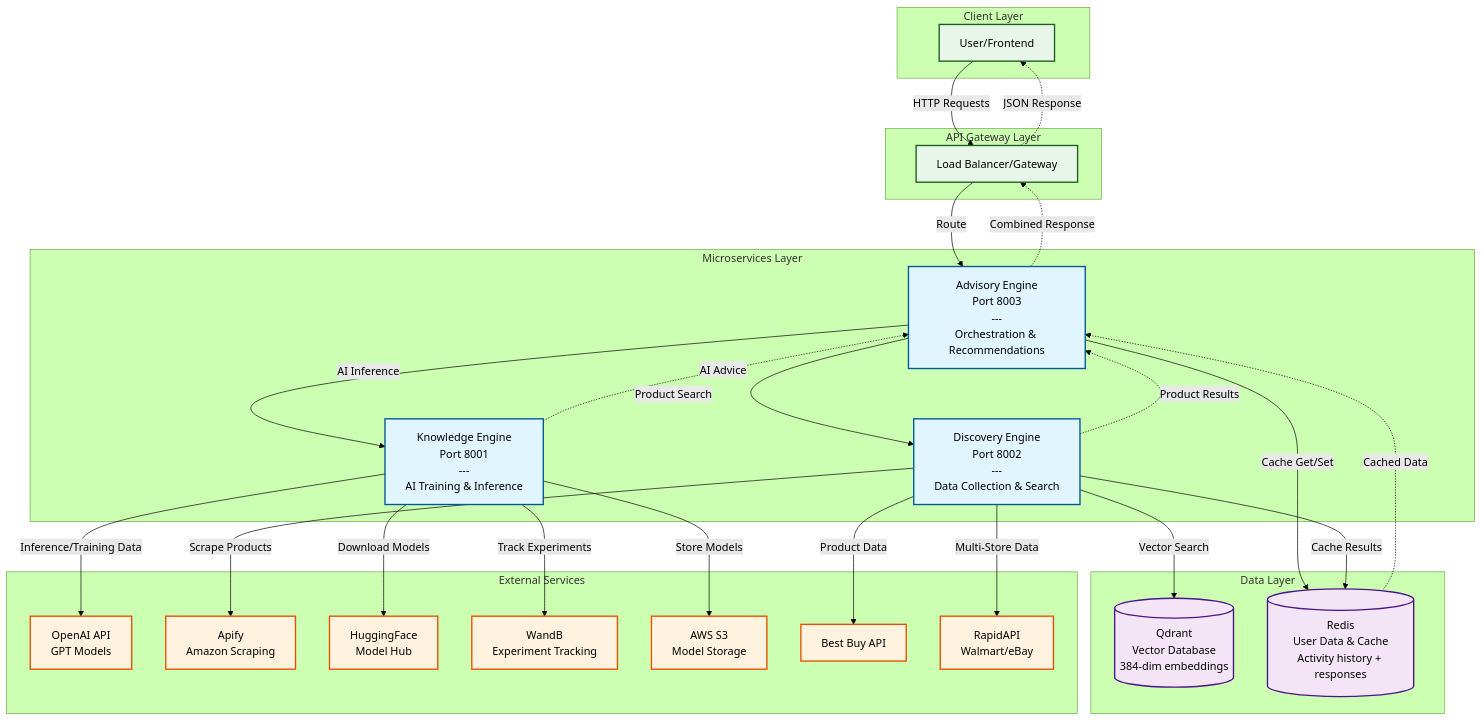
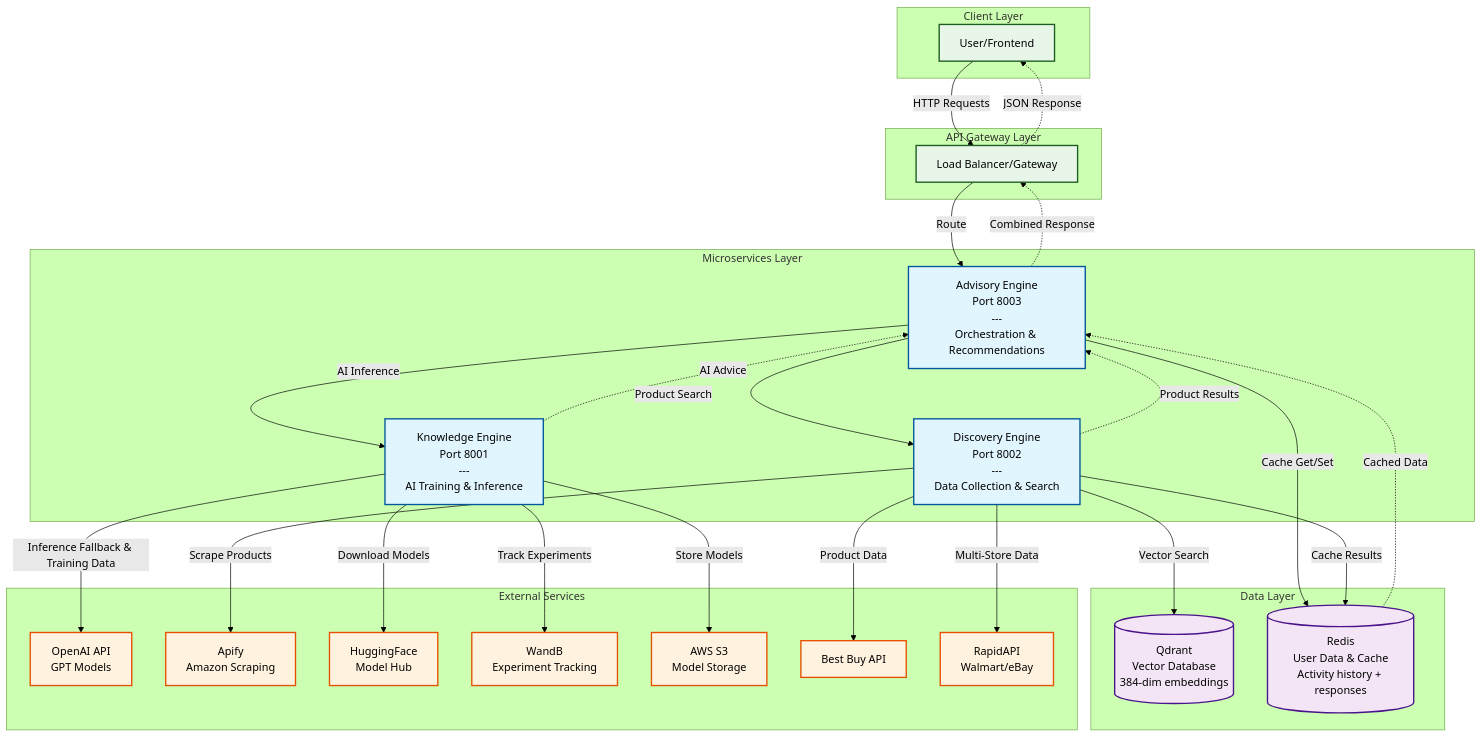
One commit to Yasserelhaddar/ShopSense-AI changed the diagram in README.md. Above: the diagram before and after it, drawn with Mermaid (forest theme). The commit also changed other lines of this file and 2 other files, not shown here.

First line of the commit message:
docs: update READMEs for OpenAI fallback and product-aware features

````diff
--- a/README.md
+++ b/README.md
@@ -32,71 +32,71 @@
 ```mermaid
 graph TB
     subgraph "Client Layer"
         User[User/Frontend]
     end
 
     subgraph "API Gateway Layer"
         Gateway[Load Balancer/Gateway]
     end
 
     subgraph "Microservices Layer"
         Advisory[Advisory Engine<br/>Port 8003<br/>---<br/>Orchestration & Recommendations]
         Discovery[Discovery Engine<br/>Port 8002<br/>---<br/>Data Collection & Search]
         Knowledge[Knowledge Engine<br/>Port 8001<br/>---<br/>AI Training & Inference]
     end
 
     subgraph "Data Layer"
         Qdrant[(Qdrant<br/>Vector Database<br/>384-dim embeddings)]
         Redis[(Redis<br/>User Data & Cache<br/>Activity history + responses)]
     end
 
     subgraph "External Services"
         OpenAI[OpenAI API<br/>GPT Models]
         Apify[Apify<br/>Amazon Scraping]
         HuggingFace[HuggingFace<br/>Model Hub]
         WandB[WandB<br/>Experiment Tracking]
         S3[AWS S3<br/>Model Storage]
         BestBuy[Best Buy API]
         RapidAPI[RapidAPI<br/>Walmart/eBay]
     end
 
     %% User Flow
     User -->|HTTP Requests| Gateway
     Gateway -->|Route| Advisory
 
     %% Advisory Engine Connections
     Advisory -->|Product Search| Discovery
     Advisory -->|AI Inference| Knowledge
     Advisory -->|Cache Get/Set| Redis
 
     %% Discovery Engine Connections
     Discovery -->|Vector Search| Qdrant
     Discovery -->|Scrape Products| Apify
     Discovery -->|Product Data| BestBuy
     Discovery -->|Multi-Store Data| RapidAPI
     Discovery -->|Cache Results| Redis
 
     %% Knowledge Engine Connections
-    Knowledge -->|Inference/Training Data| OpenAI
+    Knowledge -->|Inference Fallback & Training Data| OpenAI
     Knowledge -->|Download Models| HuggingFace
     Knowledge -->|Track Experiments| WandB
     Knowledge -->|Store Models| S3
 
     %% Response Flow
     Discovery -.->|Product Results| Advisory
     Knowledge -.->|AI Advice| Advisory
     Redis -.->|Cached Data| Advisory
     Advisory -.->|Combined Response| Gateway
     Gateway -.->|JSON Response| User
 
     %% Styling
     classDef serviceStyle fill:#e1f5fe,stroke:#01579b,stroke-width:2px
     classDef dbStyle fill:#f3e5f5,stroke:#4a148c,stroke-width:2px
     classDef externalStyle fill:#fff3e0,stroke:#e65100,stroke-width:2px
     classDef userStyle fill:#e8f5e9,stroke:#1b5e20,stroke-width:2px
 
     class Advisory,Discovery,Knowledge serviceStyle
     class Qdrant,Redis dbStyle
     class OpenAI,Apify,HuggingFace,WandB,S3,BestBuy,RapidAPI externalStyle
     class User,Gateway userStyle
 ```
````
